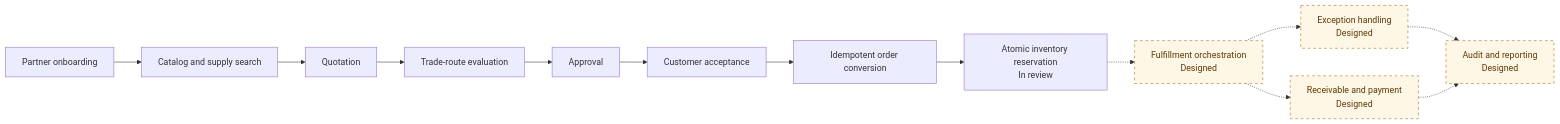
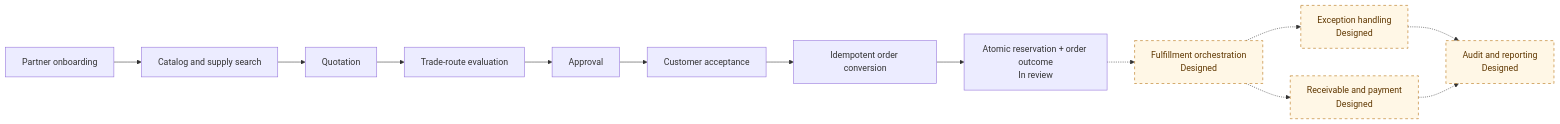
The first of 3 diagrams in README.md (RomanticHW/cellarbridge-platform), drawn with Mermaid before and after one commit. The commit also changed other lines of this file and 13 other files, not shown here.

Commit message:
feat(order): consume reservation outcomes idempotently

````diff
--- a/README.md
+++ b/README.md
@@ -24,18 +24,18 @@
 ```mermaid
 flowchart LR
     A[Partner onboarding] --> B[Catalog and supply search]
     B --> C[Quotation]
     C --> D[Trade-route evaluation]
     D --> E[Approval]
     E --> F[Customer acceptance]
     F --> G[Idempotent order conversion]
-    G --> H[Atomic inventory reservation<br/>In review]
+    G --> H[Atomic reservation + order outcome<br/>In review]
     H -.-> I[Fulfillment orchestration<br/>Designed]
     I -.-> J[Exception handling<br/>Designed]
     I -.-> K[Receivable and payment<br/>Designed]
     J -.-> L[Audit and reporting<br/>Designed]
     K -.-> L
 
     classDef planned fill:#fff7e6,stroke:#b26a00,color:#5f3700,stroke-dasharray:5 5;
     class I,J,K,L planned;
 ```
````
